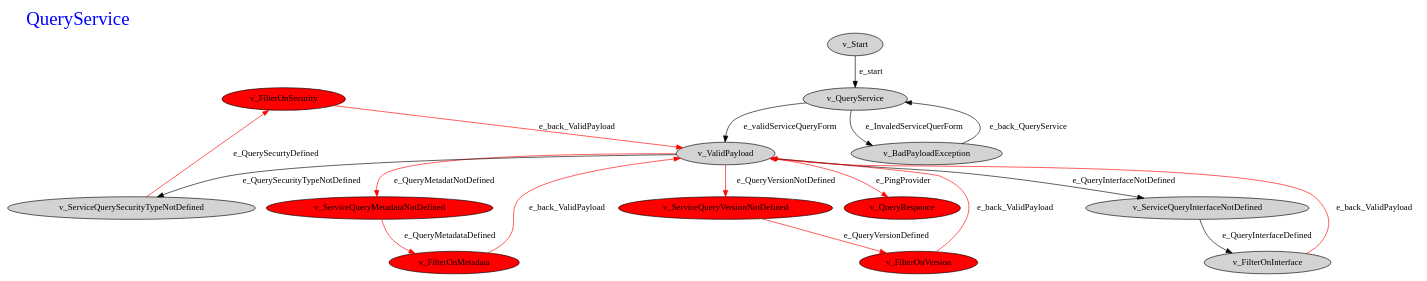
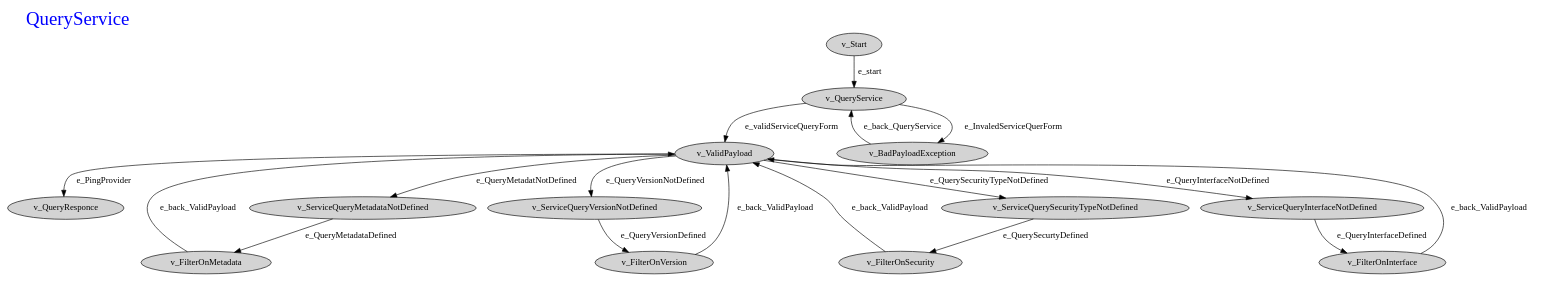
Before and after one commit to marozareh/SerReg_2021: the diagram in ServiceRegistry/Drivers/QueryService.dot, drawn with Graphviz. The commit also changed 12 other files, not shown here.

```diff
--- a/ServiceRegistry/Drivers/QueryService.dot
+++ b/ServiceRegistry/Drivers/QueryService.dot
@@ -1,32 +1,26 @@
 digraph OrchestratorStore{
 rankdir=TB
  label="QueryService"
 labelloc=top
 labeljust=left
 fontcolor = blue
 node [style=filled] 
  fontsize=30
-"v_FilterOnSecurity"  [fillcolor=red]
-"v_ServiceQueryVersionNotDefined"  [fillcolor=red]
-"v_FilterOnVersion"  [fillcolor=red]
-"v_ServiceQueryMetadataNotDefined"  [fillcolor=red]
-"v_FilterOnMetadata"  [fillcolor=red]
-"v_QueryResponce"  [fillcolor=red]
-"v_ValidPayload" -> "v_QueryResponce"  [ label="e_PingProvider"color="red"]
-"v_FilterOnMetadata" -> "v_ValidPayload"  [ label="e_back_ValidPayload"color="red"]
-"v_ServiceQueryMetadataNotDefined" -> "v_FilterOnMetadata"  [ label="e_QueryMetadataDefined"color="red"]
-"v_ValidPayload" -> "v_ServiceQueryMetadataNotDefined"  [ label="e_QueryMetadatNotDefined"color="red"]
-"v_FilterOnVersion" -> "v_ValidPayload"  [ label="e_back_ValidPayload"color="red"]
-"v_ServiceQueryVersionNotDefined" -> "v_FilterOnVersion"  [ label="e_QueryVersionDefined"color="red"]
-"v_ValidPayload" -> "v_ServiceQueryVersionNotDefined"  [ label="e_QueryVersionNotDefined"color="red"]
-"v_FilterOnSecurity" -> "v_ValidPayload"  [ label="e_back_ValidPayload"color="red"]
-"v_ServiceQuerySecurityTypeNotDefined" -> "v_FilterOnSecurity"  [ label="e_QuerySecurtyDefined"color="red"]
-"v_FilterOnInterface" -> "v_ValidPayload"  [ label="e_back_ValidPayload"color="red"]
+"v_ValidPayload" -> "v_QueryResponce"  [ label="e_PingProvider"color="black"]
+"v_FilterOnMetadata" -> "v_ValidPayload"  [ label="e_back_ValidPayload"color="black"]
+"v_ServiceQueryMetadataNotDefined" -> "v_FilterOnMetadata"  [ label="e_QueryMetadataDefined"color="black"]
+"v_ValidPayload" -> "v_ServiceQueryMetadataNotDefined"  [ label="e_QueryMetadatNotDefined"color="black"]
+"v_FilterOnVersion" -> "v_ValidPayload"  [ label="e_back_ValidPayload"color="black"]
+"v_ServiceQueryVersionNotDefined" -> "v_FilterOnVersion"  [ label="e_QueryVersionDefined"color="black"]
+"v_ValidPayload" -> "v_ServiceQueryVersionNotDefined"  [ label="e_QueryVersionNotDefined"color="black"]
+"v_FilterOnSecurity" -> "v_ValidPayload"  [ label="e_back_ValidPayload"color="black"]
+"v_ServiceQuerySecurityTypeNotDefined" -> "v_FilterOnSecurity"  [ label="e_QuerySecurtyDefined"color="black"]
+"v_FilterOnInterface" -> "v_ValidPayload"  [ label="e_back_ValidPayload"color="black"]
 "v_ServiceQueryInterfaceNotDefined" -> "v_FilterOnInterface"  [ label="e_QueryInterfaceDefined"color="black"]
 "v_ValidPayload" -> "v_ServiceQuerySecurityTypeNotDefined"  [ label="e_QuerySecurityTypeNotDefined"color="black"]
 "v_ValidPayload" -> "v_ServiceQueryInterfaceNotDefined"  [ label="e_QueryInterfaceNotDefined"color="black"]
 "v_QueryService" -> "v_ValidPayload"  [ label="e_validServiceQueryForm"color="black"]
 "v_Start" -> "v_QueryService"  [ label="e_start"color="black"]
 "v_BadPayloadException" -> "v_QueryService"  [ label="e_back_QueryService"color="black"]
 "v_QueryService" -> "v_BadPayloadException"  [ label="e_InvaledServiceQuerForm"color="black"]
 }
```
